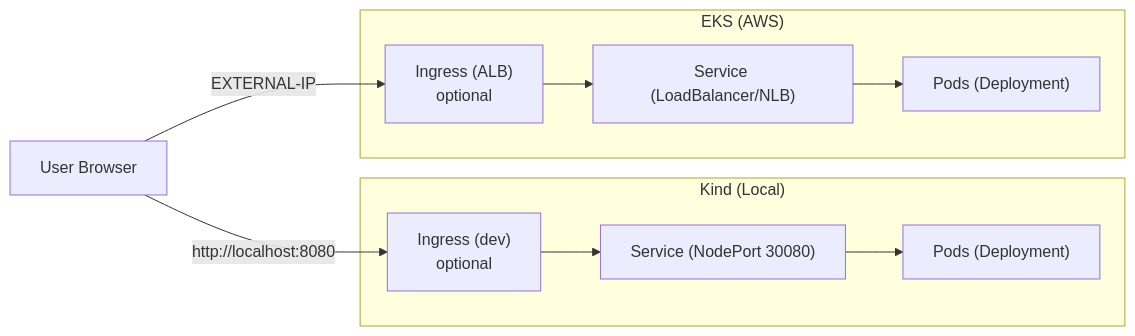
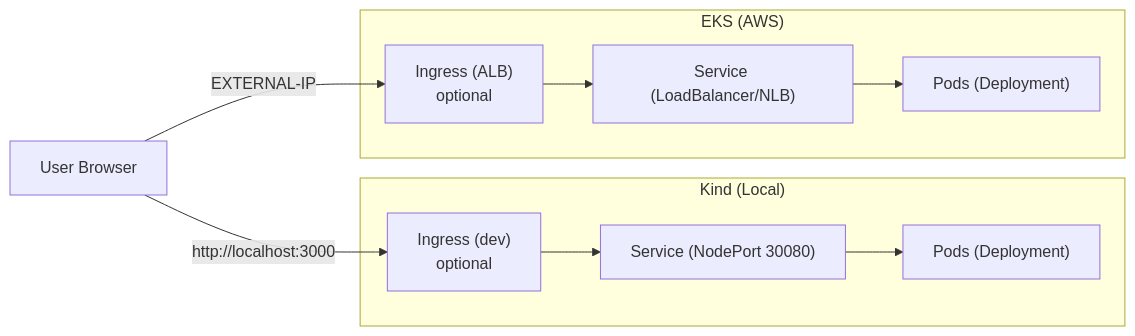
One commit to atulkamble/k8s-project changed the diagram in docs/architecture.md. Above: the diagram before and after it, drawn with Mermaid. The commit also changed other lines of this file and 3 other files, not shown here.

````diff
--- a/docs/architecture.md
+++ b/docs/architecture.md
@@ -5,24 +5,24 @@
 ```mermaid
 flowchart LR
   user[User Browser]
 
   subgraph KindLocal["Kind (Local)"]
     kind_ing["Ingress (dev)<br/>optional"]
     kind_svc["Service (NodePort 30080)"]
     kind_pods["Pods (Deployment)"]
   end
 
   subgraph EKSCluster["EKS (AWS)"]
     eks_alb["Ingress (ALB)<br/>optional"]
     eks_lb["Service (LoadBalancer/NLB)"]
     eks_pods["Pods (Deployment)"]
   end
 
-  user -->|"http://localhost:8080"| kind_ing
+  user -->|"http://localhost:3000"| kind_ing
   kind_ing --> kind_svc
   user -->|"EXTERNAL-IP"| eks_alb
   eks_alb --> eks_lb
 
   kind_svc --> kind_pods
   eks_lb --> eks_pods
 ```
````
